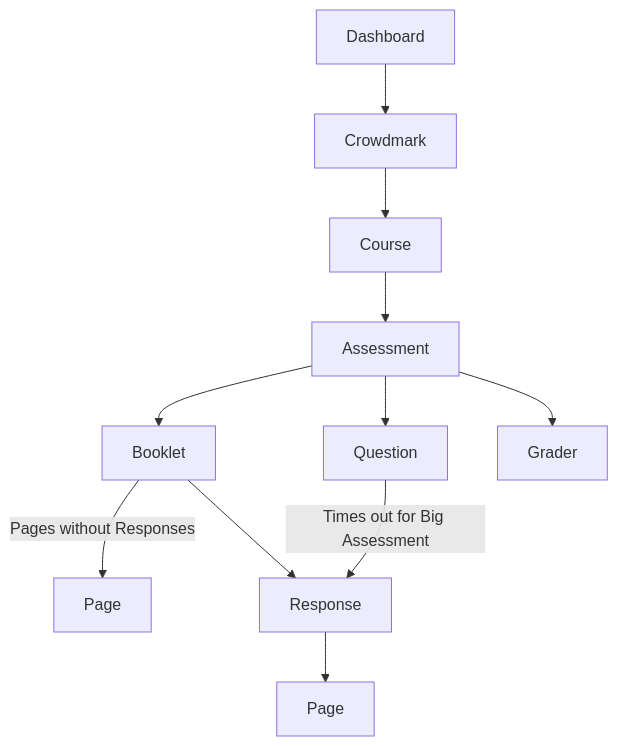
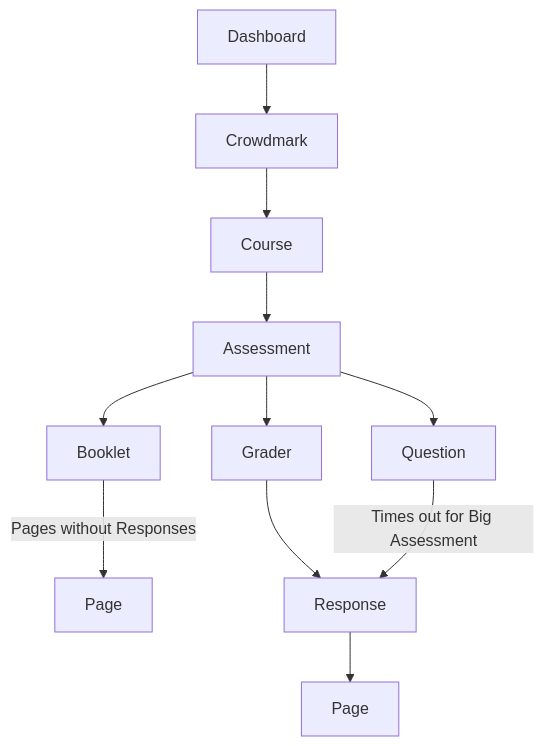
The second of 2 diagrams in README.md (waterloobae/CrowdmarkDashboard), drawn with Mermaid before and after one commit. The commit also changed other lines of this file, not shown here.

Commit message:
Refactor README flowchart to improve connections between Assessment, Question, Booklet, and Grader for better clarity

````diff
--- a/README.md
+++ b/README.md
@@ -67,21 +67,21 @@
 ```mermaid
 graph TD
     n1["Dashboard"] --> n2["Crowdmark<br>"]
     n2 --> n3["Course"]
     n3 --> n4["Assessment"]
 
     %% Reordering Question, Booklet, and Grader under Assessment
-    n4 --> n9["Question"]
-    n4 --> n5["Booklet"]
-    n4 --> n8["Grader"]
+    n4 --> n5["Question"]
+    n4 --> n6["Booklet"]
+    n4 --> n7["Grader"]
 
     %% Booklet connections
-    n5 -- Pages without Responses --> n10["Page"]
-    n5 --> n6["Response"]
+    n6 -- Pages without Responses --> n10["Page"]
+    n7 --> n8["Response"]
 
     %% Response connections
-    n6 --> n7["Page"]
+    n8 --> n9["Page"]
 
     %% Question to Response
-    n9 -- Times out for Big Assessment --> n6
+    n5 -- Times out for Big Assessment --> n8
 ```
````
